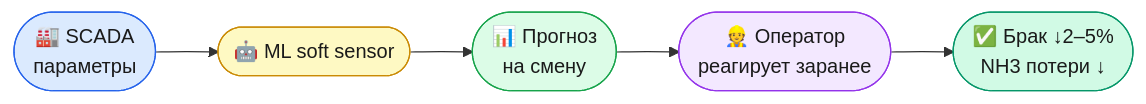
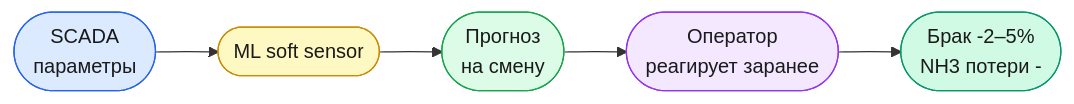
The first of 7 diagrams in README.md (Misha-42/soda-ml-carbonation-control), drawn with Mermaid before and after one commit. The commit also changed other lines of this file, not shown here.

````diff
--- a/README.md
+++ b/README.md
@@ -28,13 +32,13 @@
 ```mermaid
 flowchart LR
-    A([🏭 SCADA\nпараметры]) --> B([🤖 ML soft sensor])
-    B --> C([📊 Прогноз\nна смену])
-    C --> D([👷 Оператор\nреагирует заранее])
-    D --> E([✅ Брак ↓2–5%\nNH3 потери ↓])
+    A([SCADA\nпараметры]) --> B([ML soft sensor])
+    B --> C([Прогноз\nна смену])
+    C --> D([Оператор\nреагирует заранее])
+    D --> E([Брак -2–5%\nNH3 потери -])
 
     style A fill:#dbeafe,stroke:#2563eb,color:#1a1a1a
     style B fill:#fef9c3,stroke:#ca8a04,color:#1a1a1a
     style C fill:#dcfce7,stroke:#16a34a,color:#1a1a1a
     style D fill:#f3e8ff,stroke:#9333ea,color:#1a1a1a
     style E fill:#d1fae5,stroke:#059669,color:#1a1a1a
 ```
````
